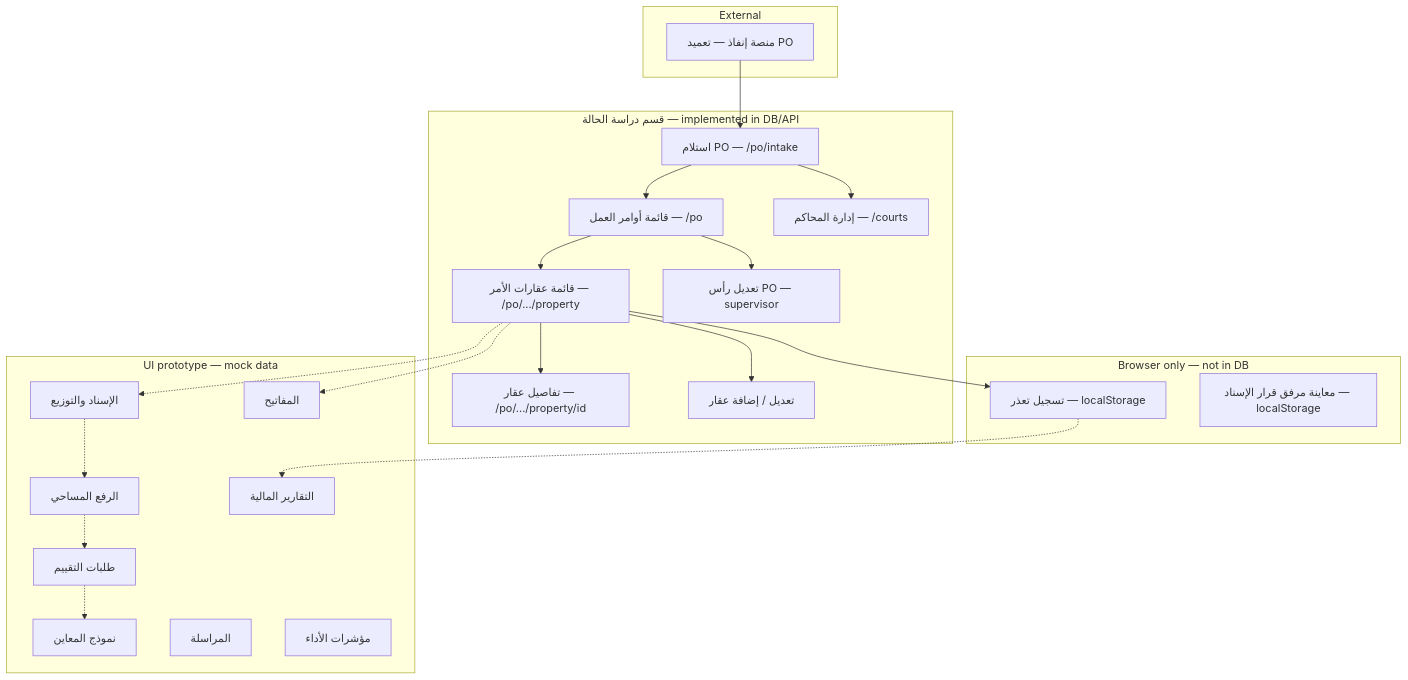
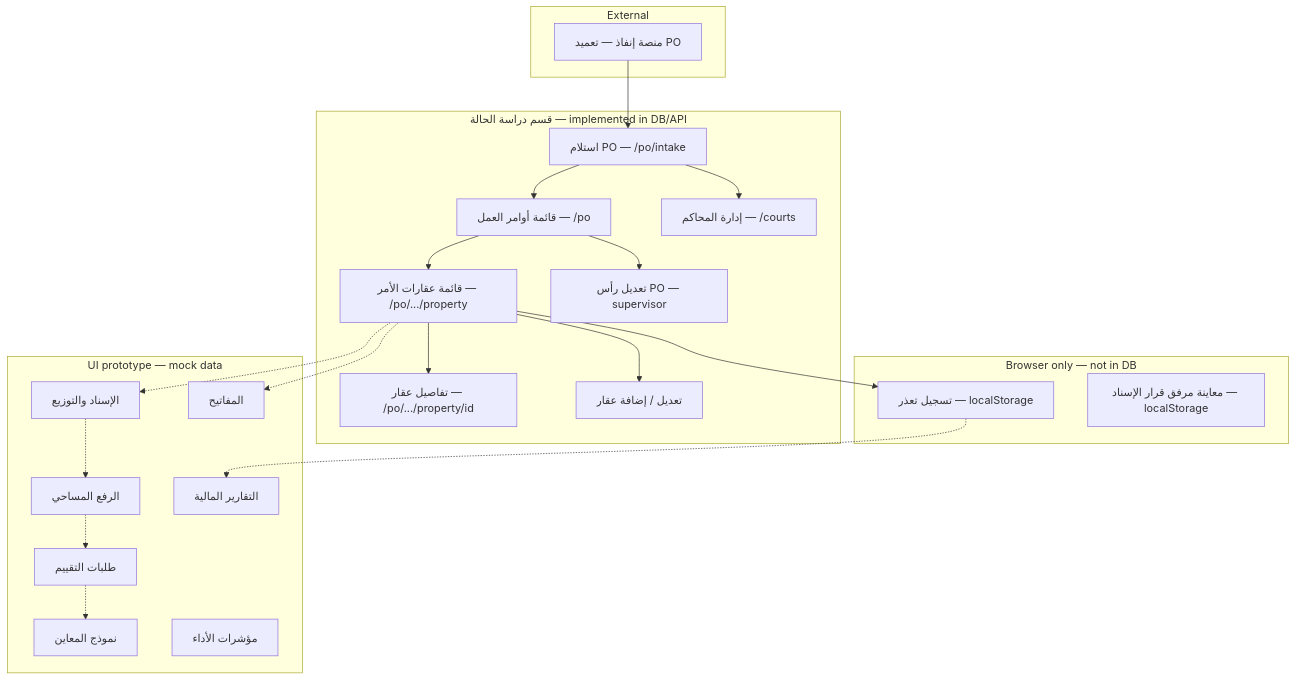
Before and after one commit to BuadDigital/case_srudy: the diagram in docs/SYSTEM_BEHAVIOR_PM_REVIEW.md, drawn with Mermaid. The commit also changed other lines of this file and 36 other files, not shown here.

````diff
--- a/docs/SYSTEM_BEHAVIOR_PM_REVIEW.md
+++ b/docs/SYSTEM_BEHAVIOR_PM_REVIEW.md
@@ -260,48 +259,47 @@
 ```mermaid
 flowchart TB
   subgraph enfath [External]
     EN[منصة إنفاذ — تعميد PO]
   end
 
   subgraph case_study [قسم دراسة الحالة — implemented in DB/API]
     INT[استلام PO — /po/intake]
     POList[قائمة أوامر العمل — /po]
     PROPList[قائمة عقارات الأمر — /po/.../property]
     PROPDet[تفاصيل عقار — /po/.../property/id]
     PROPEdit[تعديل / إضافة عقار]
     HDR[تعديل رأس PO — supervisor]
     COURTS[إدارة المحاكم — /courts]
   end
 
   subgraph local_only [Browser only — not in DB]
     FAIL[تسجيل تعذر — localStorage]
     ATT[معاينة مرفق قرار الإسناد — localStorage]
   end
 
   subgraph prototype_ui [UI prototype — mock data]
     ASG[الإسناد والتوزيع]
     SUR[الرفع المساحي]
     KEYS[المفاتيح]
     VR[طلبات التقييم]
     FIELD[نموذج المعاين]
-    MSG[المراسلة]
     FIN[التقارير المالية]
     KPI[مؤشرات الأداء]
   end
 
   EN --> INT
   INT --> POList
   POList --> PROPList
   PROPList --> PROPDet
   PROPList --> PROPEdit
   PROPList --> FAIL
   POList --> HDR
   INT --> COURTS
 
   PROPList -.-> ASG
   ASG -.-> SUR
   SUR -.-> VR
   VR -.-> FIELD
   PROPList -.-> KEYS
   FAIL -.-> FIN
 ```
````
